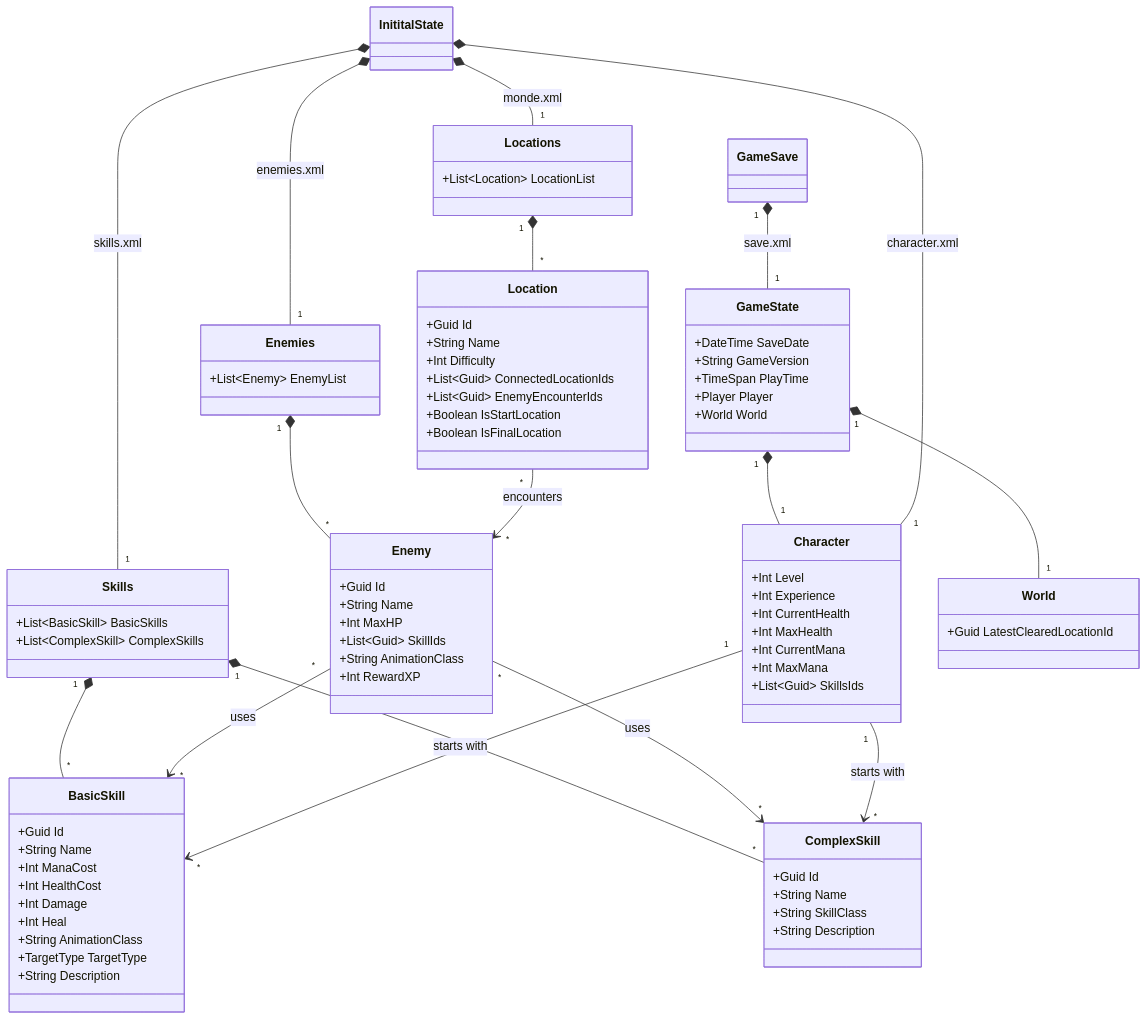
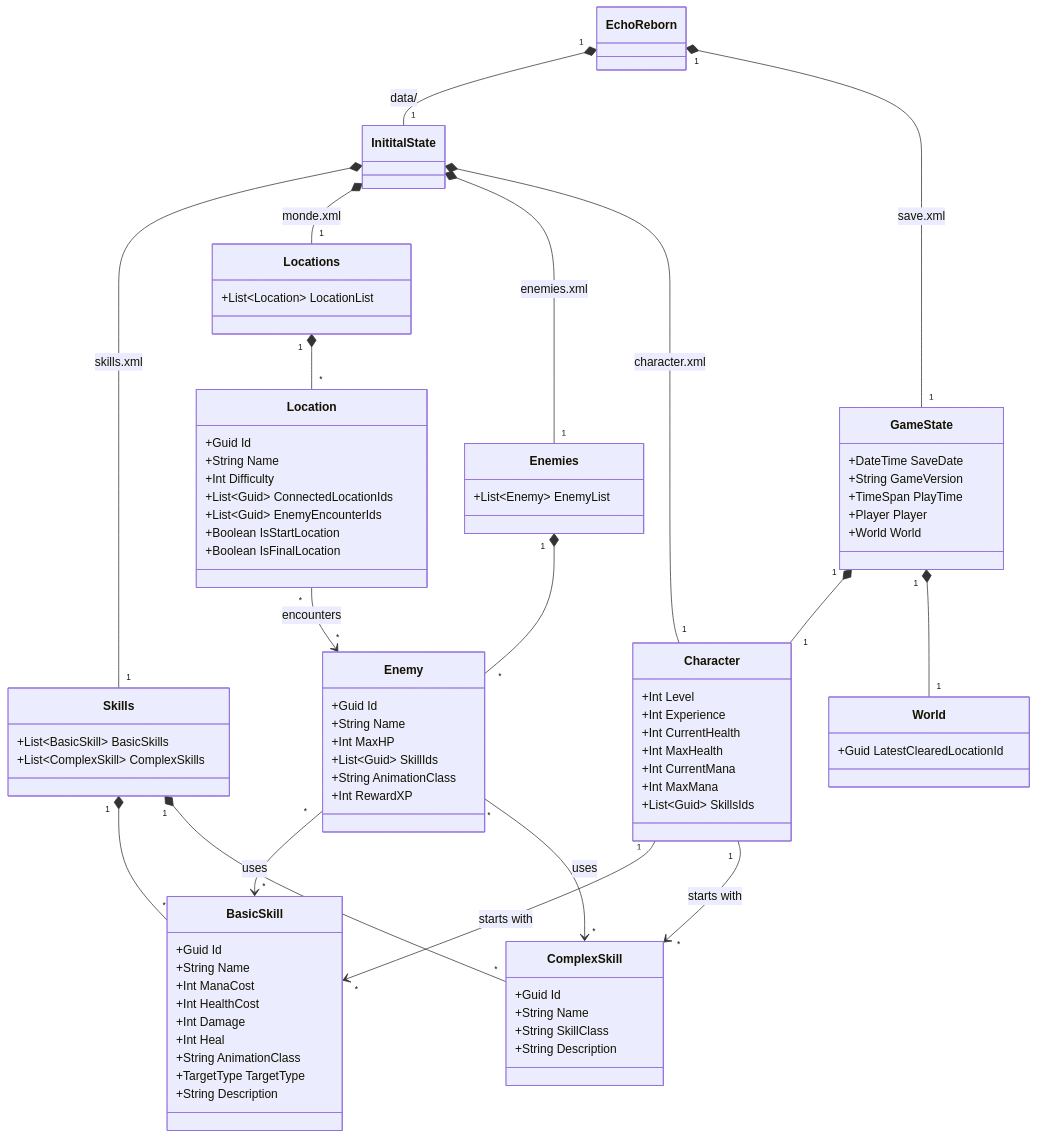
Before and after one commit to d0rich/EchoReborn: the diagram in docs/Predefined Data.md, drawn with Mermaid.

Commit message:
Seul racine pour UML

````diff
--- a/docs/Predefined Data.md
+++ b/docs/Predefined Data.md
@@ -72,5 +72,9 @@
 ```mermaid
 classDiagram
+    class EchoReborn {
+        
+    }
+    
     class Skills {
         +List~BasicSkill~ BasicSkills
         +List~ComplexSkill~ ComplexSkills
@@ -143,8 +147,10 @@
     class World {
         +Guid LatestClearedLocationId
     }
+    
+    EchoReborn "1" *-- "1" InititalState : data/
+    EchoReborn "1" *-- "1" GameState : save.xml
 
-    GameSave "1" *-- "1" GameState : save.xml
     GameState "1" *-- "1" Character
     GameState "1" *-- "1" World
     
````
